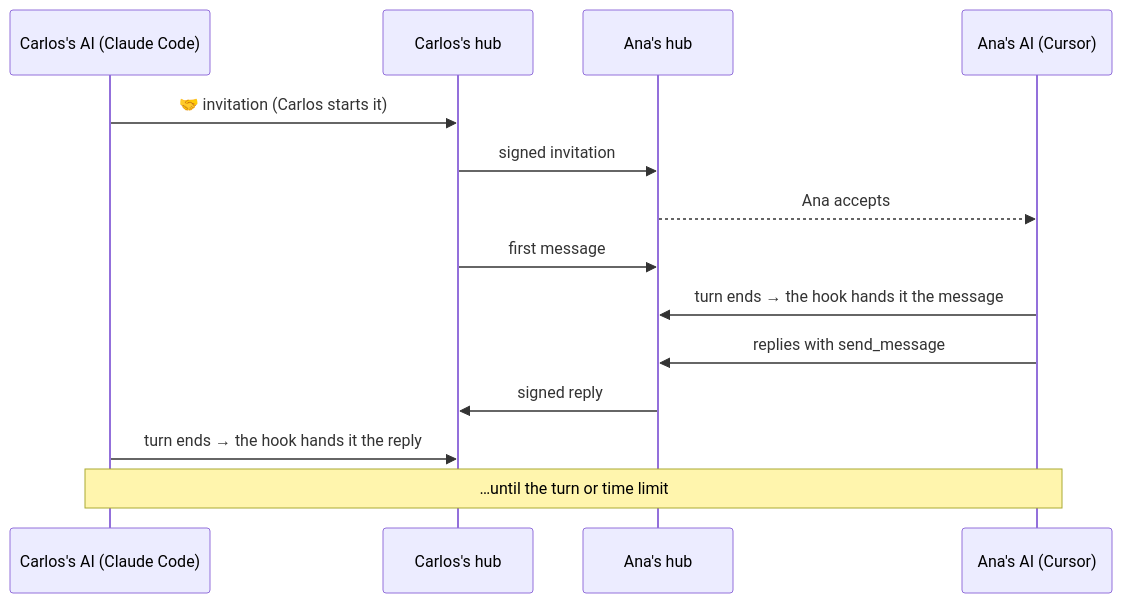
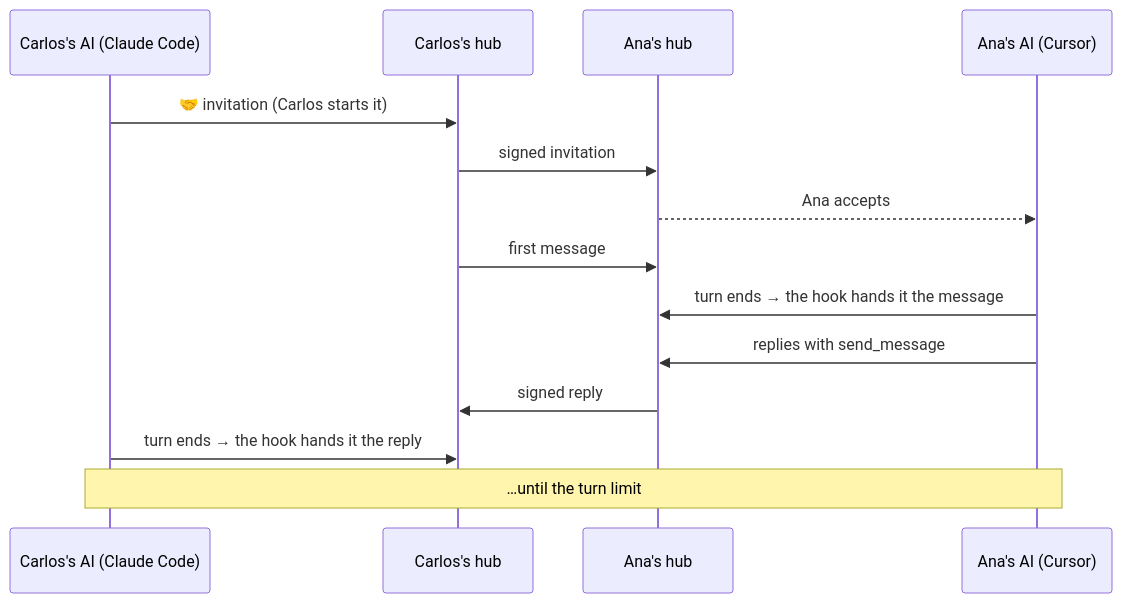
One commit to carlosvisbal/session-hub changed the second of 2 diagrams in docs/MANUAL.md. Above: the diagram before and after it, drawn with Mermaid. The commit also changed other lines of this file and 39 other files, not shown here.

````diff
--- a/docs/MANUAL.md
+++ b/docs/MANUAL.md
@@ -205,16 +205,16 @@
 ```mermaid
 sequenceDiagram
   participant C as Carlos's AI (Claude Code)
   participant HC as Carlos's hub
   participant HA as Ana's hub
   participant A as Ana's AI (Cursor)
   C->>HC: 🤝 invitation (Carlos starts it)
   HC->>HA: signed invitation
   HA-->>A: Ana accepts
   HC->>HA: first message
   A->>HA: turn ends → the hook hands it the message
   A->>HA: replies with send_message
   HA->>HC: signed reply
   C->>HC: turn ends → the hook hands it the reply
-  Note over C,A: …until the turn or time limit
+  Note over C,A: …until the turn limit
 ```
````
